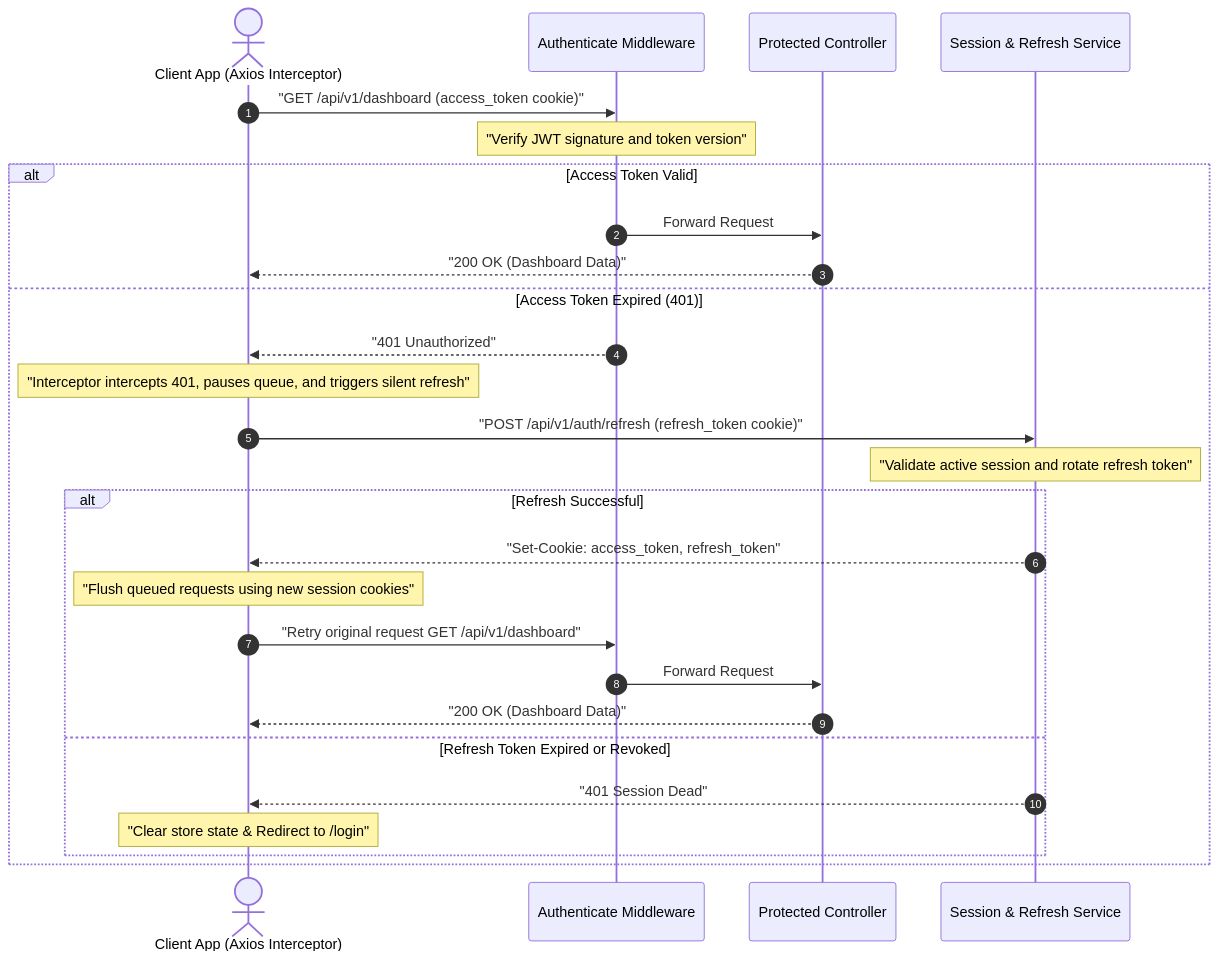
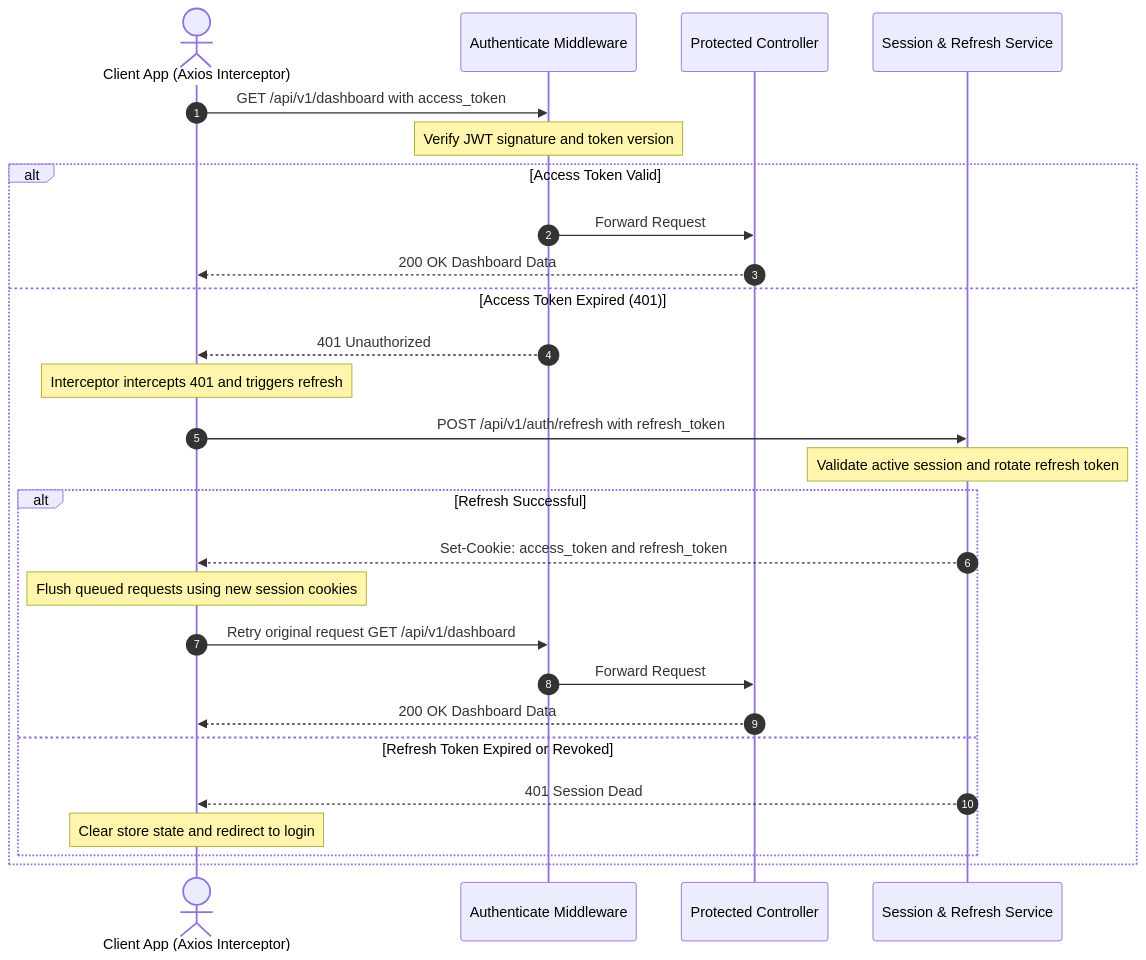
One commit to Rishisharma029/carbonIQ changed the third of 4 diagrams in README.md. Above: the diagram before and after it, drawn with Mermaid. The commit also changed other lines of this file, not shown here.

Commit message:
Refactored Mermaid diagrams to use clean labels without delimiters and restored participant definitions

````diff
--- a/README.md
+++ b/README.md
@@ -85,30 +85,30 @@
 ```mermaid
 sequenceDiagram
     autonumber
     actor Client as Client App (Axios Interceptor)
     participant Auth as Authenticate Middleware
     participant Route as Protected Controller
     participant Session as Session & Refresh Service
 
-    Client->>Auth: "GET /api/v1/dashboard (access_token cookie)"
-    Note over Auth: "Verify JWT signature and token version"
+    Client->>Auth: GET /api/v1/dashboard with access_token
+    Note over Auth: Verify JWT signature and token version
     alt Access Token Valid
         Auth->>Route: Forward Request
-        Route-->>Client: "200 OK (Dashboard Data)"
+        Route-->>Client: 200 OK Dashboard Data
     else Access Token Expired (401)
-        Auth-->>Client: "401 Unauthorized"
-        Note over Client: "Interceptor intercepts 401, pauses queue, and triggers silent refresh"
-        Client->>Session: "POST /api/v1/auth/refresh (refresh_token cookie)"
-        Note over Session: "Validate active session and rotate refresh token"
+        Auth-->>Client: 401 Unauthorized
+        Note over Client: Interceptor intercepts 401 and triggers refresh
+        Client->>Session: POST /api/v1/auth/refresh with refresh_token
+        Note over Session: Validate active session and rotate refresh token
         alt Refresh Successful
-            Session-->>Client: "Set-Cookie: access_token, refresh_token"
-            Note over Client: "Flush queued requests using new session cookies"
-            Client->>Auth: "Retry original request GET /api/v1/dashboard"
+            Session-->>Client: Set-Cookie: access_token and refresh_token
+            Note over Client: Flush queued requests using new session cookies
+            Client->>Auth: Retry original request GET /api/v1/dashboard
             Auth->>Route: Forward Request
-            Route-->>Client: "200 OK (Dashboard Data)"
+            Route-->>Client: 200 OK Dashboard Data
         else Refresh Token Expired or Revoked
-            Session-->>Client: "401 Session Dead"
-            Note over Client: "Clear store state & Redirect to /login"
+            Session-->>Client: 401 Session Dead
+            Note over Client: Clear store state and redirect to login
         end
     end
 ```
````
